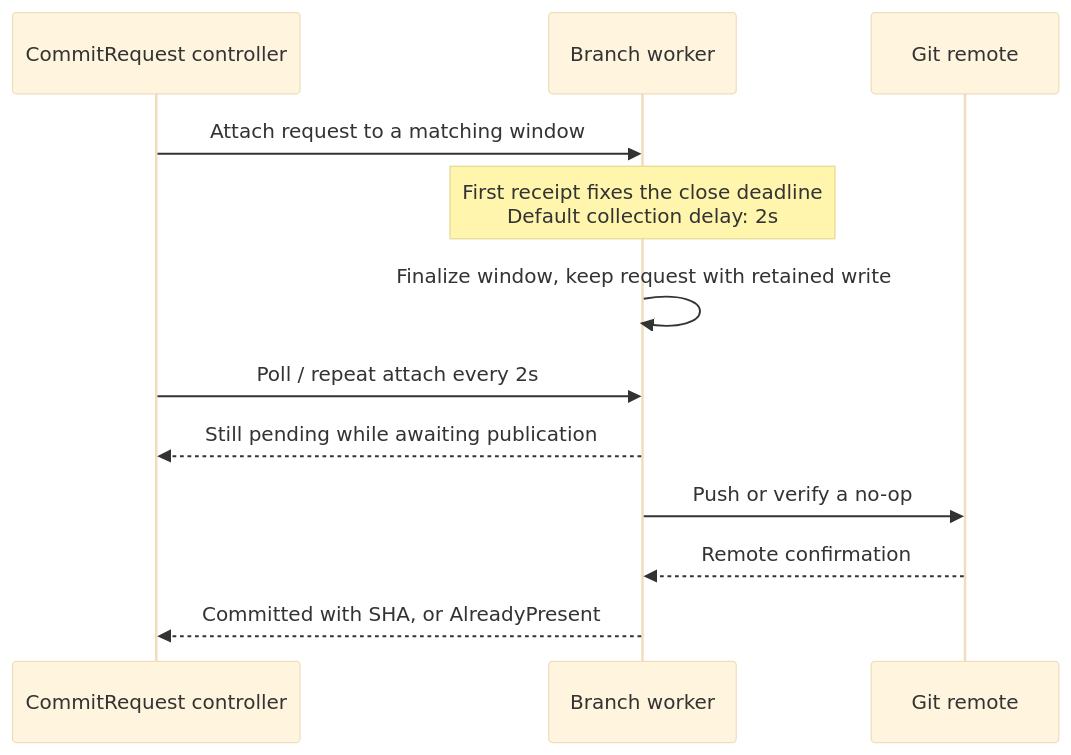
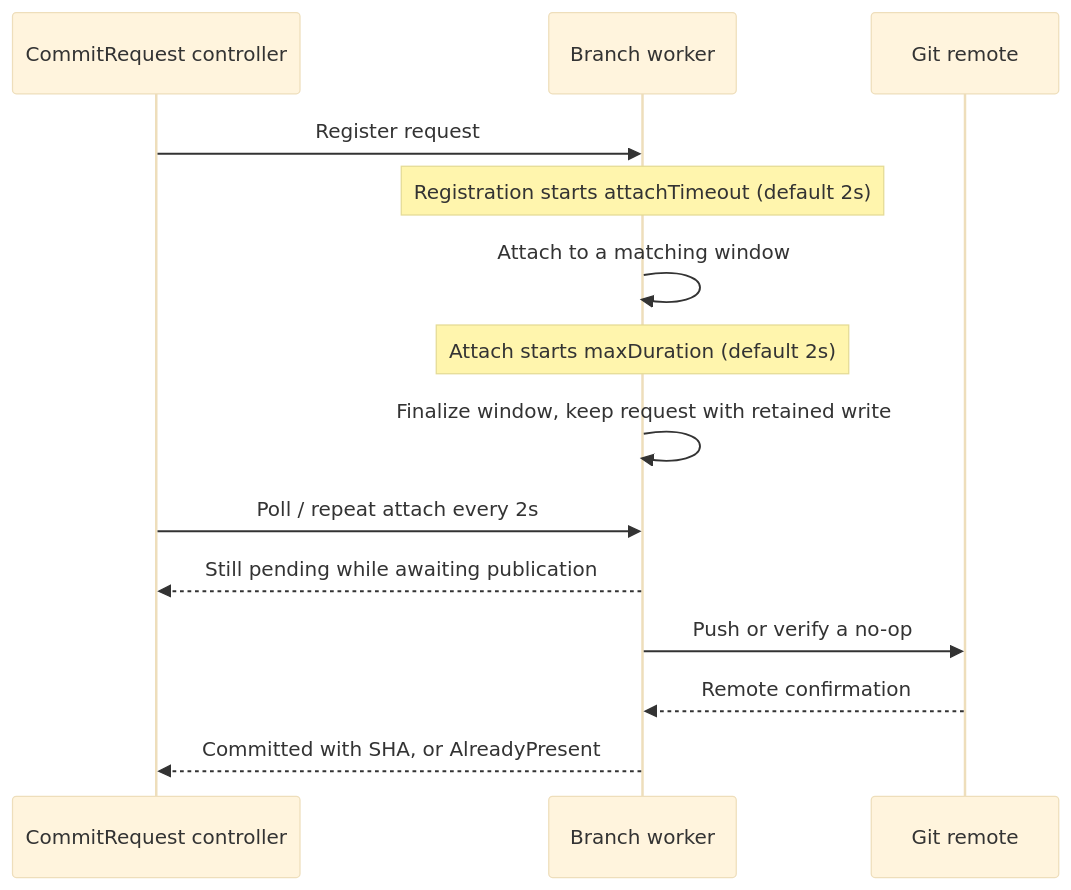
The fifth of 5 diagrams in docs/api-first-publication.md (ConfigButler/gitops-reverser), drawn with Mermaid (base theme) before and after one commit. The commit also changed other lines of this file and 70 other files, not shown here.

````diff
--- a/docs/api-first-publication.md
+++ b/docs/api-first-publication.md
@@ -279,15 +286,17 @@
 ```mermaid
 sequenceDiagram
     participant C as CommitRequest controller
     participant W as Branch worker
     participant G as Git remote
 
-    C->>W: Attach request to a matching window
-    Note over W: First receipt fixes the close deadline<br/>Default collection delay: 2s
+    C->>W: Register request
+    Note over W: Registration starts attachTimeout (default 2s)
+    W->>W: Attach to a matching window
+    Note over W: Attach starts maxDuration (default 2s)
     W->>W: Finalize window, keep request with retained write
     C->>W: Poll / repeat attach every 2s
     W-->>C: Still pending while awaiting publication
     W->>G: Push or verify a no-op
     G-->>W: Remote confirmation
     W-->>C: Committed with SHA, or AlreadyPresent
 ```
````
